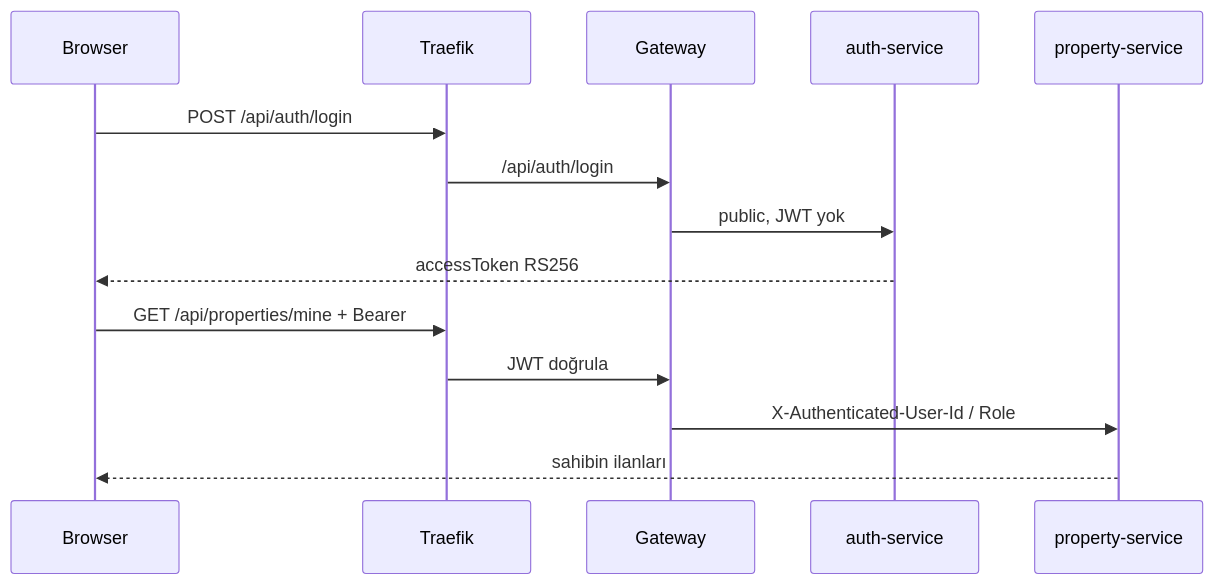
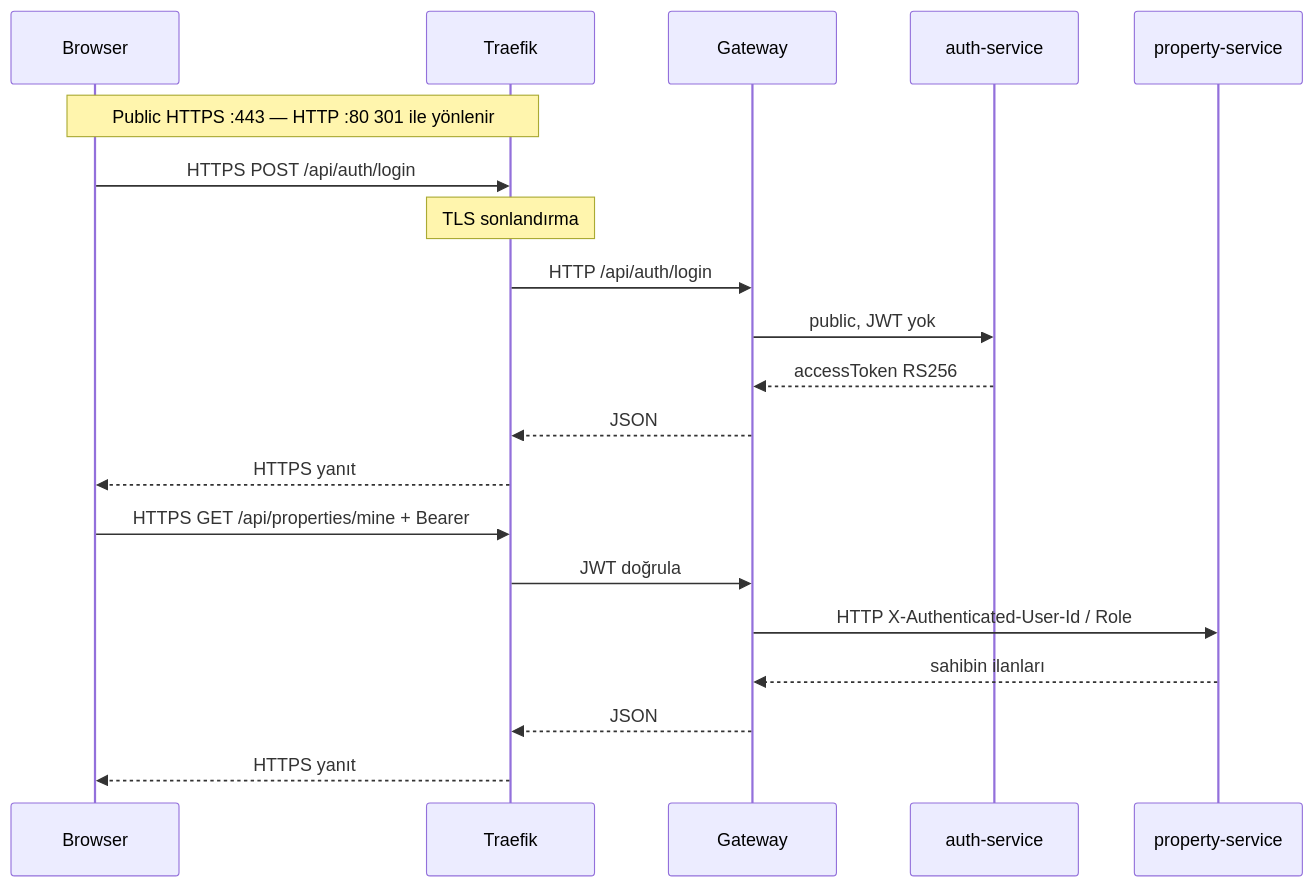
Before and after one commit to mrfatihgul/Avelrune: the diagram in docs/diagrams/jwt-flow.mmd, drawn with Mermaid. The commit also changed 15 other files, not shown here.

```diff
--- a/docs/diagrams/jwt-flow.mmd
+++ b/docs/diagrams/jwt-flow.mmd
@@ -1,16 +1,22 @@
 sequenceDiagram
   participant Browser
   participant Traefik
   participant Gateway
   participant Auth as auth-service
   participant Property as property-service
 
-  Browser->>Traefik: POST /api/auth/login
-  Traefik->>Gateway: /api/auth/login
+  Note over Browser,Traefik: Public HTTPS :443 — HTTP :80 301 ile yönlenir
+  Browser->>Traefik: HTTPS POST /api/auth/login
+  Note over Traefik: TLS sonlandırma
+  Traefik->>Gateway: HTTP /api/auth/login
   Gateway->>Auth: public, JWT yok
-  Auth-->>Browser: accessToken RS256
+  Auth-->>Gateway: accessToken RS256
+  Gateway-->>Traefik: JSON
+  Traefik-->>Browser: HTTPS yanıt
 
-  Browser->>Traefik: GET /api/properties/mine + Bearer
+  Browser->>Traefik: HTTPS GET /api/properties/mine + Bearer
   Traefik->>Gateway: JWT doğrula
-  Gateway->>Property: X-Authenticated-User-Id / Role
-  Property-->>Browser: sahibin ilanları
+  Gateway->>Property: HTTP X-Authenticated-User-Id / Role
+  Property-->>Gateway: sahibin ilanları
+  Gateway-->>Traefik: JSON
+  Traefik-->>Browser: HTTPS yanıt
```
